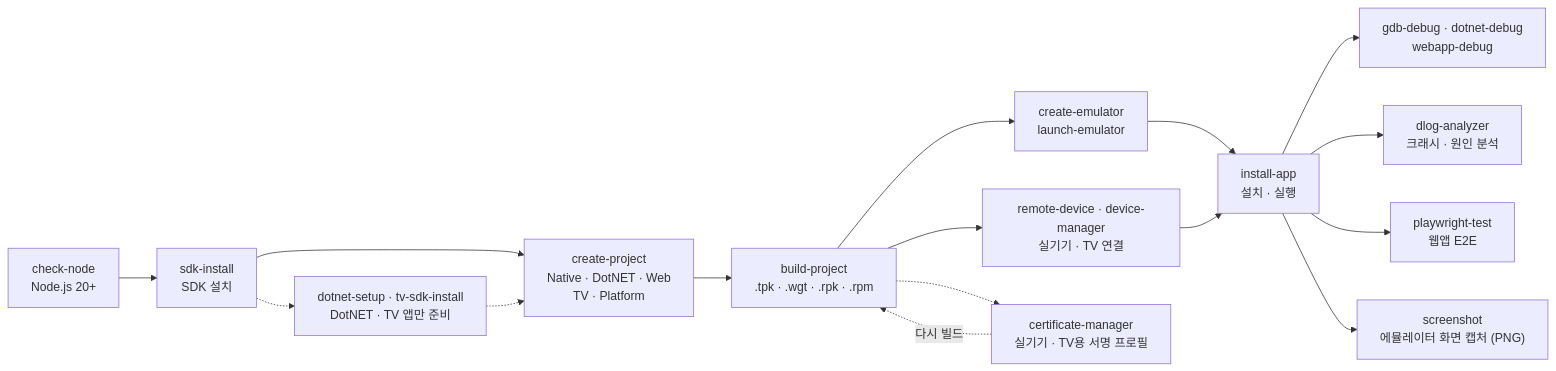
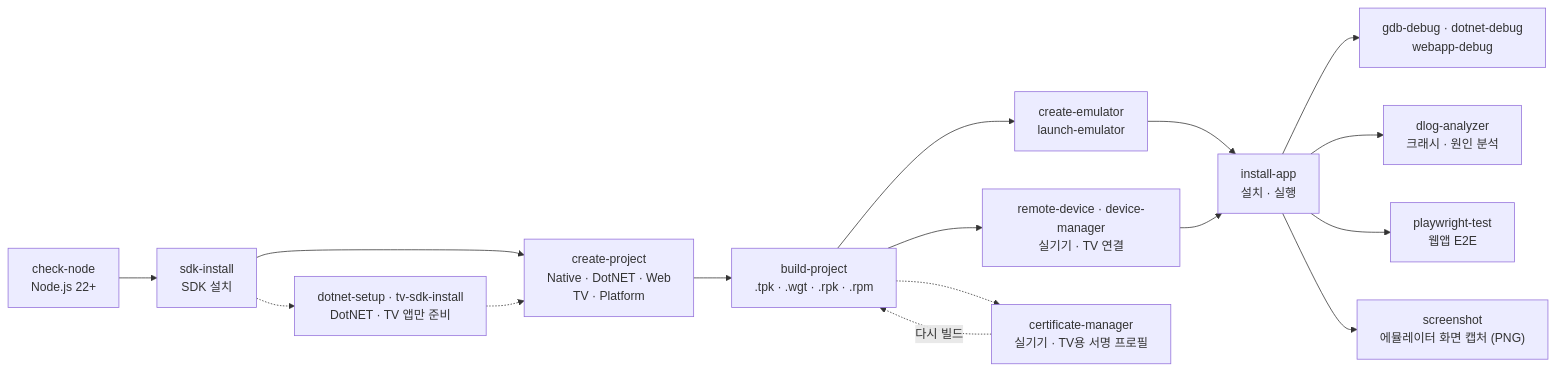
Before and after one commit to Samsung/tizen-agent-skills: the second of 2 diagrams in tizen-sdk-skills/quick-guide.ko.md, drawn with Mermaid. The commit also changed other lines of this file and 46 other files, not shown here.

First line of the commit message:
chore(tizen-sdk-skills): require Node.js 22

````diff
--- a/tizen-sdk-skills/quick-guide.ko.md
+++ b/tizen-sdk-skills/quick-guide.ko.md
@@ -66,18 +66,18 @@
 ```mermaid
 flowchart LR
-    A["check-node<br/>Node.js 20+"] --> B["sdk-install<br/>SDK 설치"]
+    A["check-node<br/>Node.js 22+"] --> B["sdk-install<br/>SDK 설치"]
     B --> D["create-project<br/>Native · DotNET · Web<br/>TV · Platform"]
     B -.-> P["dotnet-setup · tv-sdk-install<br/>DotNET · TV 앱만 준비"]
     P -.-> D
     D --> E["build-project<br/>.tpk · .wgt · .rpk · .rpm"]
     E --> F["create-emulator<br/>launch-emulator"]
     E --> R["remote-device · device-manager<br/>실기기 · TV 연결"]
     E -.-> K["certificate-manager<br/>실기기 · TV용 서명 프로필"]
     F --> G["install-app<br/>설치 · 실행"]
     R --> G
     K -.->|다시 빌드| E
     G --> H["gdb-debug · dotnet-debug<br/>webapp-debug"]
     G --> I["dlog-analyzer<br/>크래시 · 원인 분석"]
     G --> J["playwright-test<br/>웹앱 E2E"]
     G --> S["screenshot<br/>에뮬레이터 화면 캡처 (PNG)"]
 ```
````
